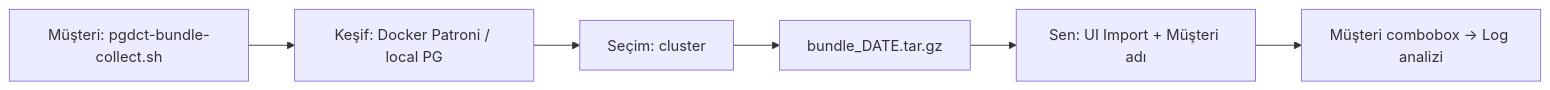
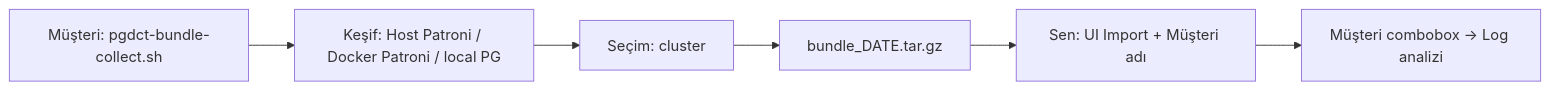
The diagram in docs/BUNDLE-COLLECTOR.md (Cihan-Gedik/pg-dct), drawn with Mermaid before and after one commit. The commit also changed other lines of this file and 16 other files, not shown here.

Commit message:
Improve bundle collector discovery, English UI labels, and pgBackRest lab setup. Add host-first Patroni discovery, customer bundlecollectorlog wrapper, menu rename to Cluster Health/Realtime Logs/Troubleshoot, and bc-pg-main pgBackRest stanza support.

````diff
--- a/docs/BUNDLE-COLLECTOR.md
+++ b/docs/BUNDLE-COLLECTOR.md
@@ -5,8 +5,8 @@
 ```mermaid
 flowchart LR
-  A[Müşteri: pgdct-bundle-collect.sh] --> B[Keşif: Docker Patroni / local PG]
+  A[Müşteri: pgdct-bundle-collect.sh] --> B[Keşif: Host Patroni / Docker Patroni / local PG]
   B --> C[Seçim: cluster]
   C --> D[bundle_DATE.tar.gz]
   D --> E[Sen: UI Import + Müşteri adı]
   E --> F[Müşteri combobox → Log analizi]
 ```
````
